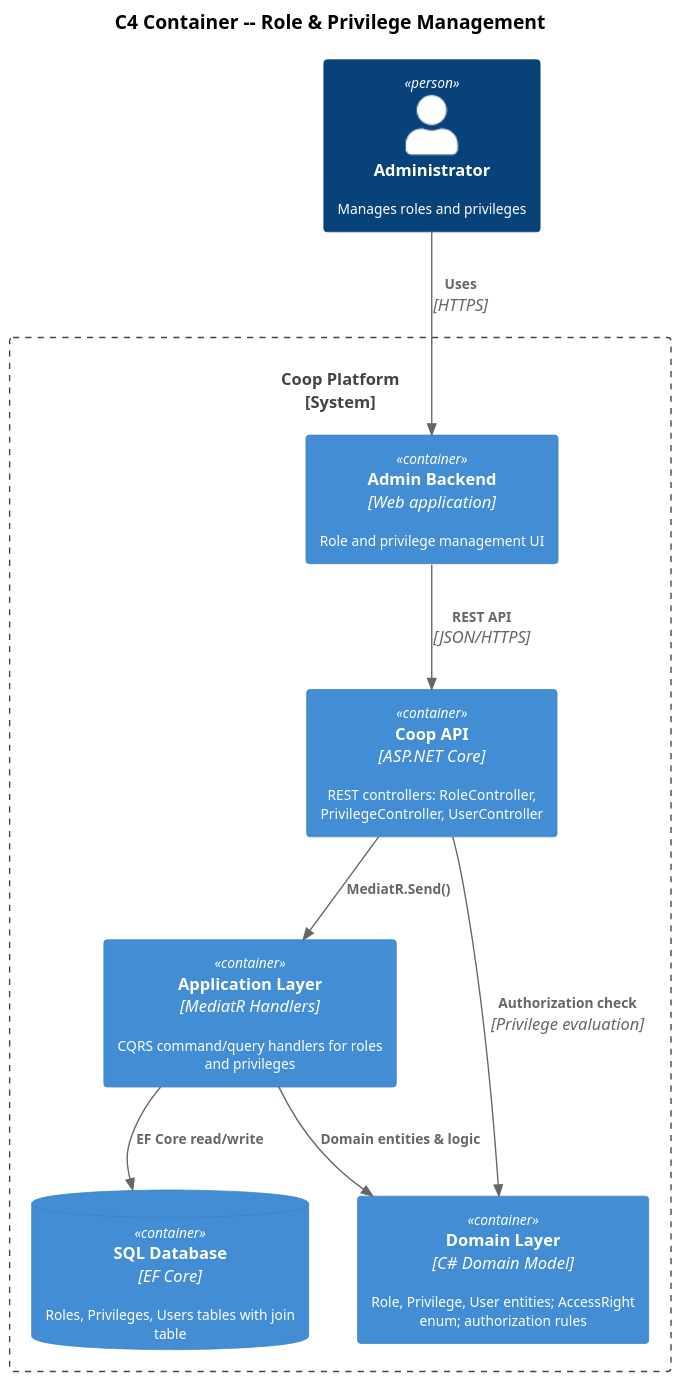
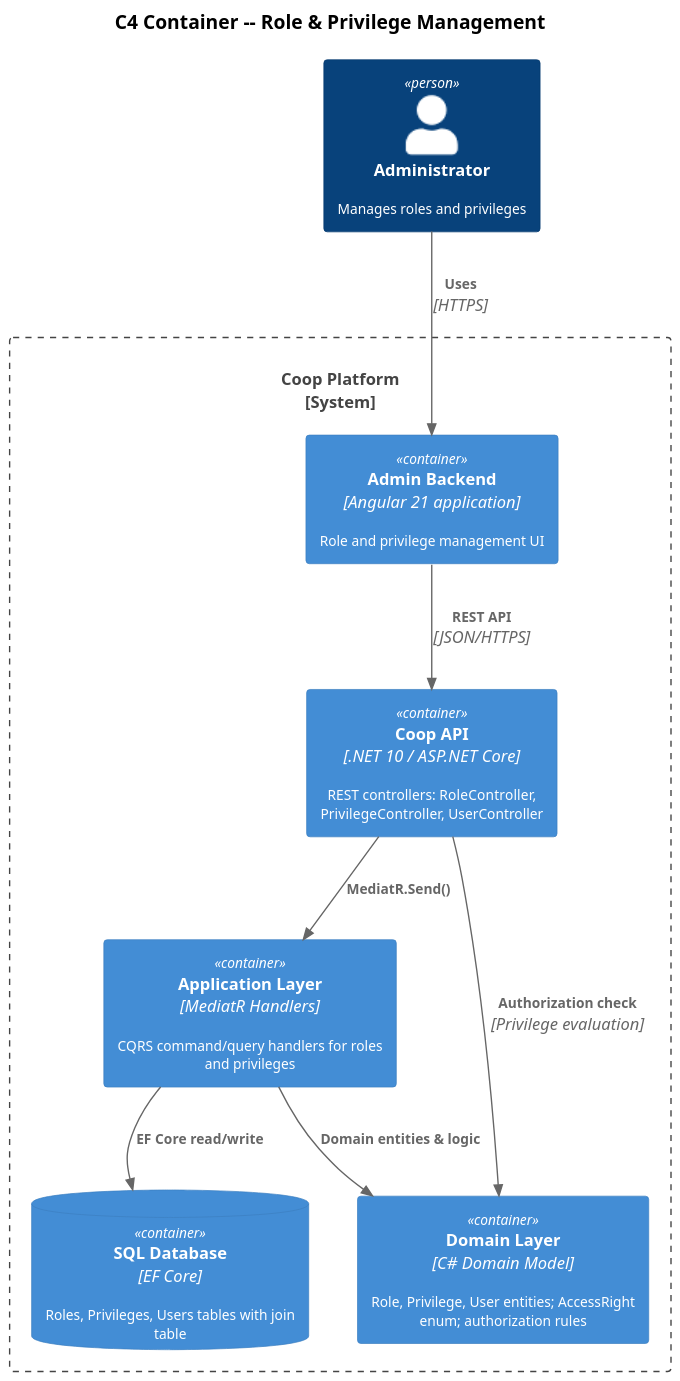
One commit to QuinntyneBrown/Coop changed the diagram in docs/detailed-designs/03-role-and-privilege-management/c4-container.puml. Above: the diagram before and after it, drawn with PlantUML. The commit also changed 23 other files, not shown here.

Commit message:
Update C4 diagrams with .NET 10 LTS and Angular 21 baseline and consolidate solution hierarchy

```diff
--- a/docs/detailed-designs/03-role-and-privilege-management/c4-container.puml
+++ b/docs/detailed-designs/03-role-and-privilege-management/c4-container.puml
@@ -1,26 +1,26 @@
 @startuml
 !include https://raw.githubusercontent.com/plantuml-stdlib/C4-PlantUML/master/C4_Container.puml
 
 skinparam dpi 150
 skinparam defaultFontSize 10
 
 title C4 Container -- Role & Privilege Management
 
 Person(admin, "Administrator", "Manages roles and privileges")
 
 System_Boundary(coop, "Coop Platform") {
-  Container(adminApp, "Admin Backend", "Web application", "Role and privilege management UI")
-  Container(api, "Coop API", "ASP.NET Core", "REST controllers: RoleController, PrivilegeController, UserController")
+  Container(adminApp, "Admin Backend", "Angular 21 application", "Role and privilege management UI")
+  Container(api, "Coop API", ".NET 10 / ASP.NET Core", "REST controllers: RoleController, PrivilegeController, UserController")
   Container(app, "Application Layer", "MediatR Handlers", "CQRS command/query handlers for roles and privileges")
   Container(domain, "Domain Layer", "C# Domain Model", "Role, Privilege, User entities; AccessRight enum; authorization rules")
   ContainerDb(db, "SQL Database", "EF Core", "Roles, Privileges, Users tables with join table")
 }
 
 Rel(admin, adminApp, "Uses", "HTTPS")
 Rel(adminApp, api, "REST API", "JSON/HTTPS")
 Rel(api, app, "MediatR.Send()")
 Rel(app, domain, "Domain entities & logic")
 Rel(app, db, "EF Core read/write")
 Rel(api, domain, "Authorization check", "Privilege evaluation")
 
 @enduml
```
